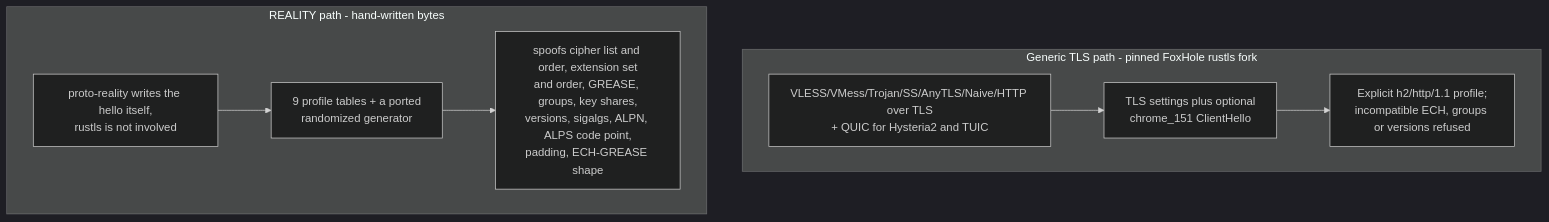
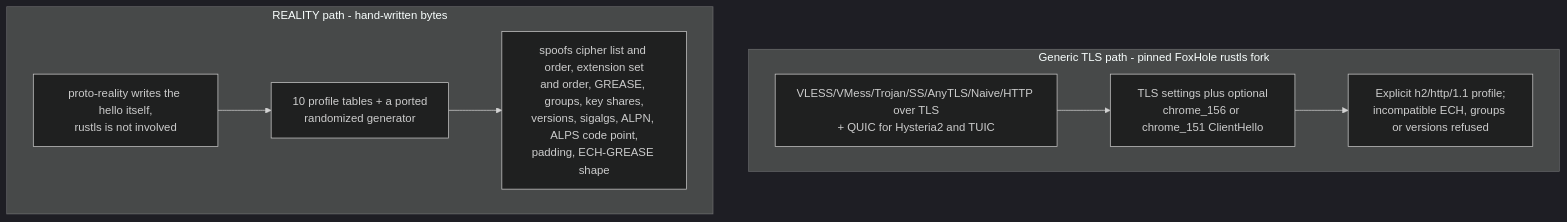
The fourth of 5 diagrams in docs/architecture/02-cryptography.md (foxhole-team/foxhole-core), drawn with Mermaid (dark theme) before and after one commit. The commit also changed other lines of this file and 10 other files, not shown here.

````diff
--- a/docs/architecture/02-cryptography.md
+++ b/docs/architecture/02-cryptography.md
@@ -173,13 +175,13 @@
 ```mermaid
 flowchart TD
     subgraph A["Generic TLS path - pinned FoxHole rustls fork"]
         A1["VLESS/VMess/Trojan/SS/AnyTLS/Naive/HTTP over TLS<br/>+ QUIC for Hysteria2 and TUIC"]
-        A1 --> A2["TLS settings plus optional<br/>chrome_151 ClientHello"]
+        A1 --> A2["TLS settings plus optional<br/>chrome_156 or chrome_151 ClientHello"]
         A2 --> A3["Explicit h2/http/1.1 profile;<br/>incompatible ECH, groups or versions refused"]
     end
     subgraph B["REALITY path - hand-written bytes"]
         B1["proto-reality writes the hello itself,<br/>rustls is not involved"]
-        B1 --> B2["9 profile tables + a ported<br/>randomized generator"]
+        B1 --> B2["10 profile tables + a ported<br/>randomized generator"]
         B2 --> B3["spoofs cipher list and order, extension set<br/>and order, GREASE, groups, key shares,<br/>versions, sigalgs, ALPN, ALPS code point,<br/>padding, ECH-GREASE shape"]
     end
 ```
````
